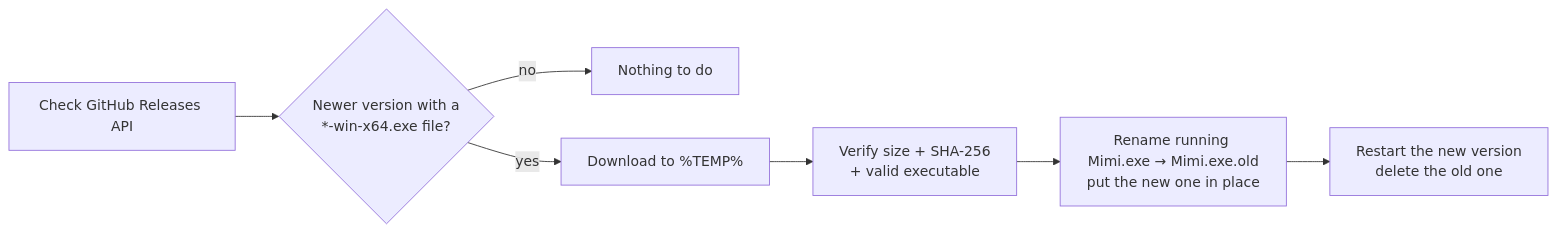
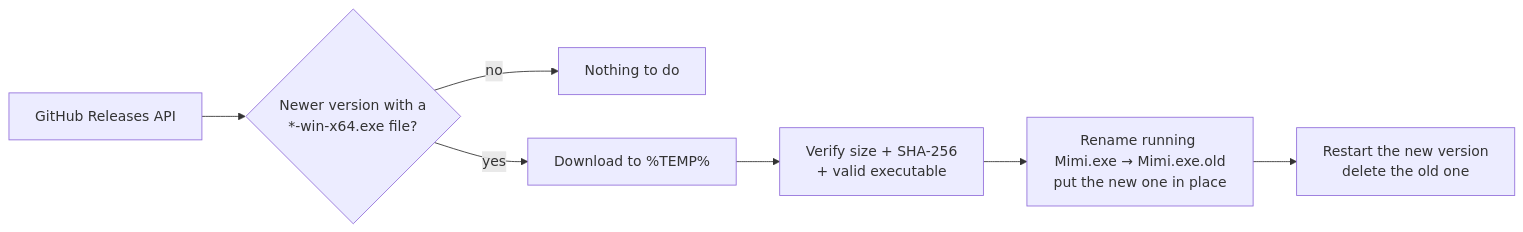
The third of 3 diagrams in README.md (axel-gilbert/mimi), drawn with Mermaid before and after one commit. The commit also changed other lines of this file and 94 other files, not shown here.

````diff
--- a/README.md
+++ b/README.md
@@ -120,9 +169,9 @@
 ```mermaid
 flowchart LR
-    C["Check GitHub Releases API"] --> D{"Newer version with a<br/>*-win-x64.exe file?"}
+    C["GitHub Releases API"] --> D{"Newer version with a<br/>*-win-x64.exe file?"}
     D -- no --> Z["Nothing to do"]
     D -- yes --> E["Download to %TEMP%"]
     E --> F["Verify size + SHA-256<br/>+ valid executable"]
     F --> R["Rename running Mimi.exe → Mimi.exe.old<br/>put the new one in place"]
     R --> S["Restart the new version<br/>delete the old one"]
 ```
````
